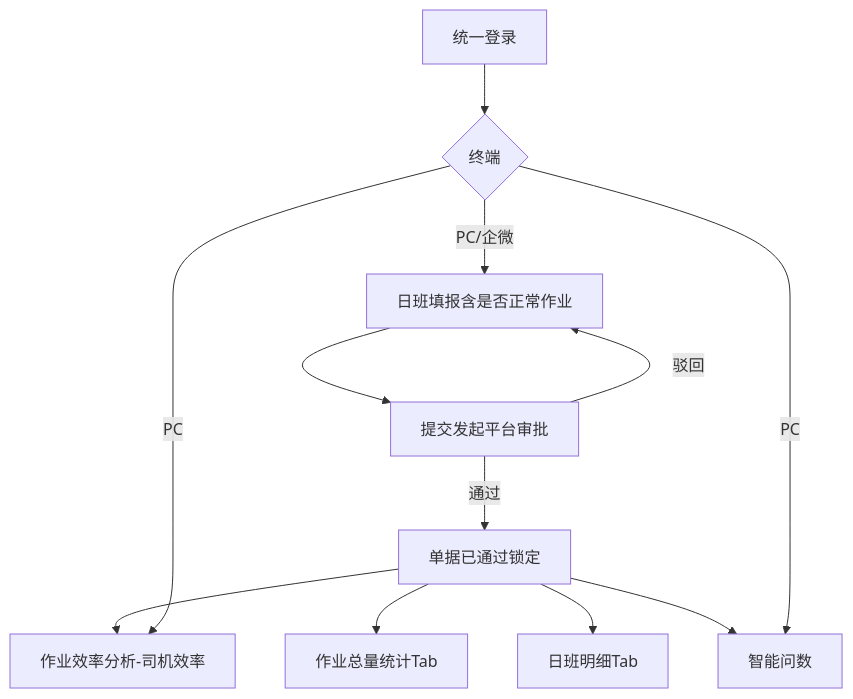
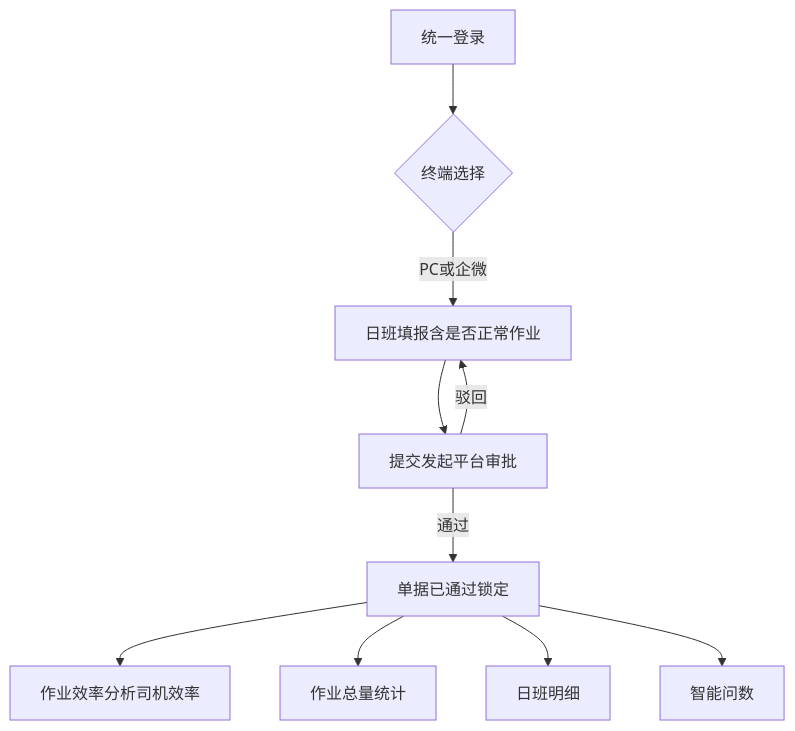
Before and after one commit to liaoliao66/TOS: the first of 6 diagrams in docs/versions/v1.0.0/prd.md, drawn with Mermaid. The commit also changed other lines of this file and 1 other file, not shown here.

Commit message:
修复 PRD 阅读页 Mermaid 流程图渲染失败问题。

````diff
--- a/docs/versions/v1.0.0/prd.md
+++ b/docs/versions/v1.0.0/prd.md
@@ -136,14 +136,12 @@
 ```mermaid
 flowchart TD
-    A[统一登录] --> B{终端}
-    B -->|PC/企微| C[日班填报含是否正常作业]
+    A[统一登录] --> B{终端选择}
+    B -->|PC或企微| C[日班填报含是否正常作业]
     C --> D[提交发起平台审批]
     D -->|通过| E[单据已通过锁定]
     D -->|驳回| C
-    E --> F[作业效率分析-司机效率]
-    E --> G[作业总量统计Tab]
-    E --> I[日班明细Tab]
+    E --> F[作业效率分析司机效率]
+    E --> G[作业总量统计]
+    E --> I[日班明细]
     E --> H[智能问数]
-    B -->|PC| F
-    B -->|PC| H
 ```
````
